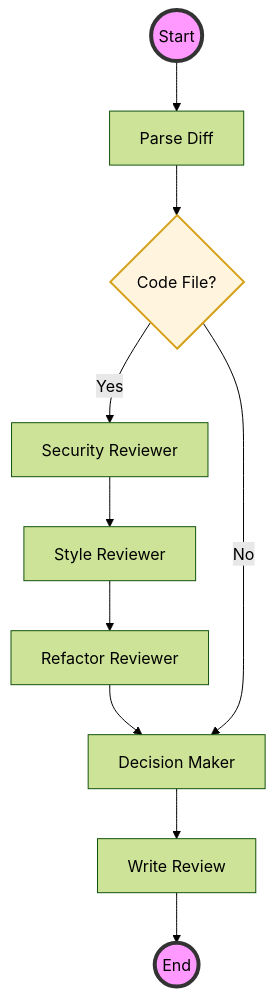
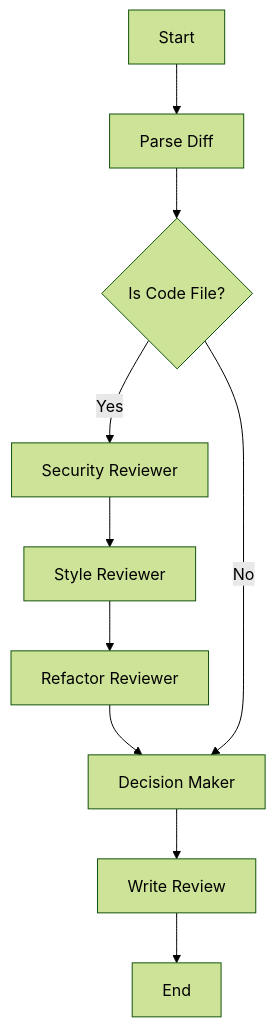
Before and after one commit to salman1451/pr-intelligence-engine: the diagram in README.md, drawn with Mermaid (forest theme).

Commit message:
Fix: Simplified Mermaid diagram for better GitHub compatibility

````diff
--- a/README.md
+++ b/README.md
@@ -16,19 +16,15 @@
 ```mermaid
 graph TD
-    START((Start)) --> PD[Parse Diff]
-    PD --> Router{Code File?}
+    A[Start] --> B[Parse Diff]
+    B --> C{Is Code File?}
     
-    Router -- Yes --> SEC[Security Reviewer]
-    SEC --> STY[Style Reviewer]
-    STY --> REF[Refactor Reviewer]
-    REF --> DEC[Decision Maker]
+    C -- Yes --> D[Security Reviewer]
+    D --> E[Style Reviewer]
+    E --> F[Refactor Reviewer]
+    F --> G[Decision Maker]
     
-    Router -- No --> DEC
+    C -- No --> G
     
-    DEC --> WR[Write Review]
-    WR --> END((End))
-    
-    style START fill:#f9f,stroke:#333,stroke-width:4px
-    style END fill:#f9f,stroke:#333,stroke-width:4px
-    style Router fill:#fff4dd,stroke:#d4a017,stroke-width:2px
+    G --> H[Write Review]
+    H --> I[End]
 ```
````
